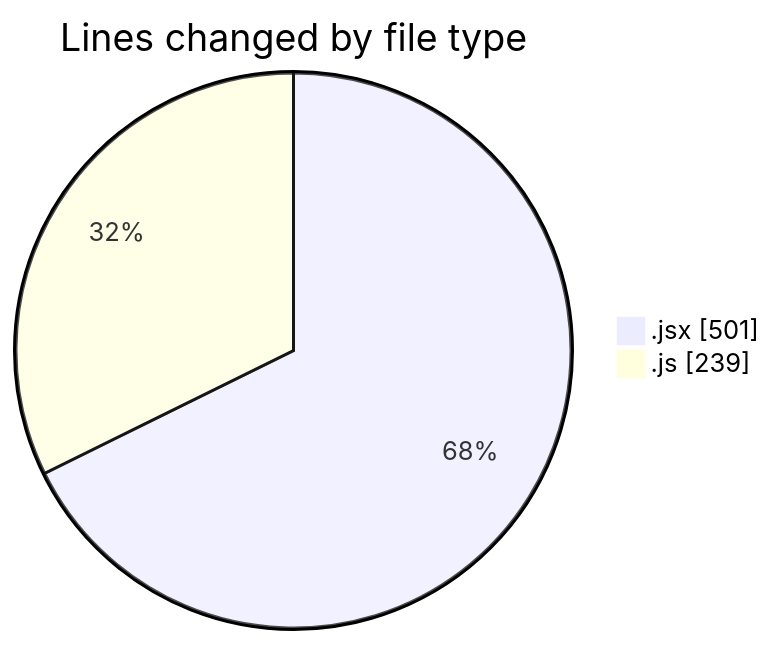
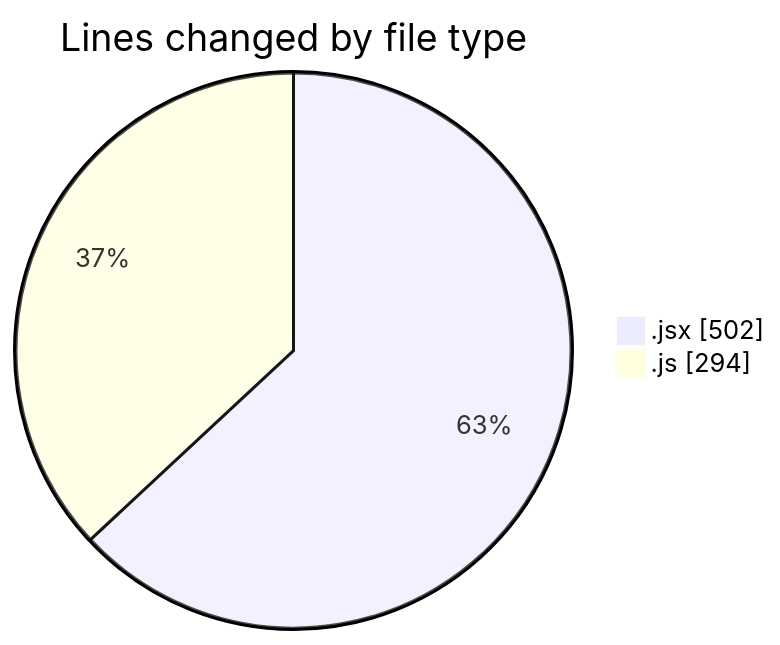
The first of 2 diagrams in 2025-12-02/nxtqube_webapp/README.md (nxtqubesakshisongat/code-tracking), drawn with Mermaid before and after one commit. The commit also changed other lines of this file and 1 other file, not shown here.

````diff
--- a/2025-12-02/nxtqube_webapp/README.md
+++ b/2025-12-02/nxtqube_webapp/README.md
@@ -21,6 +22,6 @@
 ```mermaid
 pie showData
 title Lines changed by file type
-".jsx" : 501
-".js" : 239
+".jsx" : 502
+".js" : 294
 ```
````
